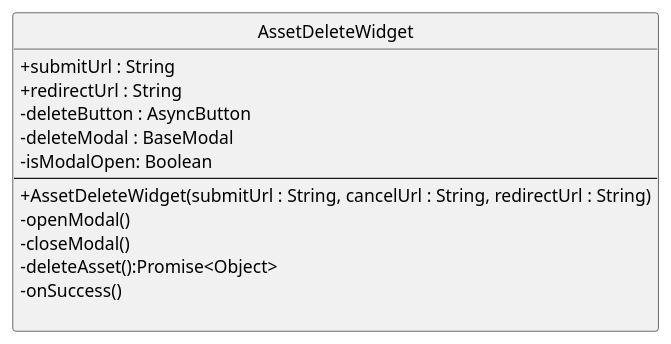
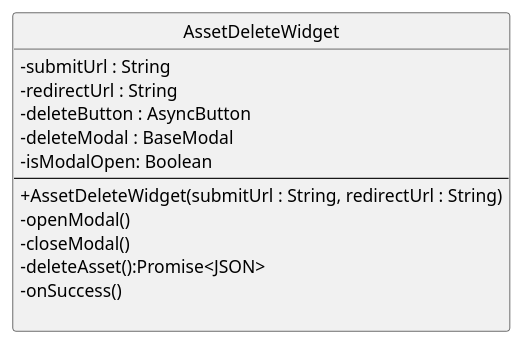
One commit to GroupRubberDuck/Documentazione changed the diagram in src/PB/DocumentazioneEsterna/Specifica_Tecnica/content/05-diagrammi-classi/uml/puml/Frontend/widget/AssetDeleteWidget.puml. Above: the diagram before and after it, drawn with PlantUML. The commit also changed 45 other files, not shown here.

```diff
--- a/src/PB/DocumentazioneEsterna/Specifica_Tecnica/content/05-diagrammi-classi/uml/puml/Frontend/widget/AssetDeleteWidget.puml
+++ b/src/PB/DocumentazioneEsterna/Specifica_Tecnica/content/05-diagrammi-classi/uml/puml/Frontend/widget/AssetDeleteWidget.puml
@@ -1,26 +1,26 @@
 @startuml
 skinparam linetype ortho
 skinparam nodesep 80
 skinparam ranksep 100
 skinparam classAttributeIconSize 0
 skinparam packageStyle rectangle
 skinparam style strictuml
 
 
 
 class AssetDeleteWidget  {
-  + submitUrl : String
-  + redirectUrl : String
+  - submitUrl : String
+  - redirectUrl : String
   - deleteButton : AsyncButton
   - deleteModal : BaseModal
   - isModalOpen: Boolean
   --
-  + AssetDeleteWidget(submitUrl : String, cancelUrl : String, redirectUrl : String)
+  + AssetDeleteWidget(submitUrl : String, redirectUrl : String)
   - openModal()
   - closeModal()
-  - deleteAsset():Promise<Object>
+  - deleteAsset():Promise<JSON>
   - onSuccess()
   
   }
 
 @enduml
```
